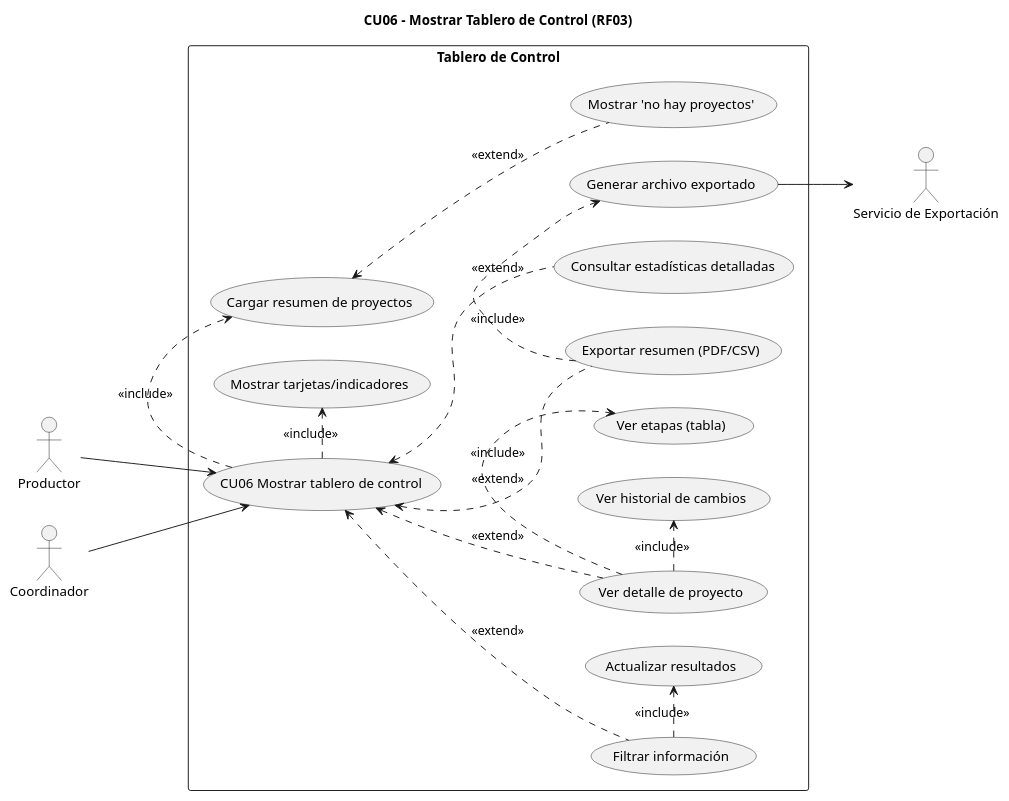
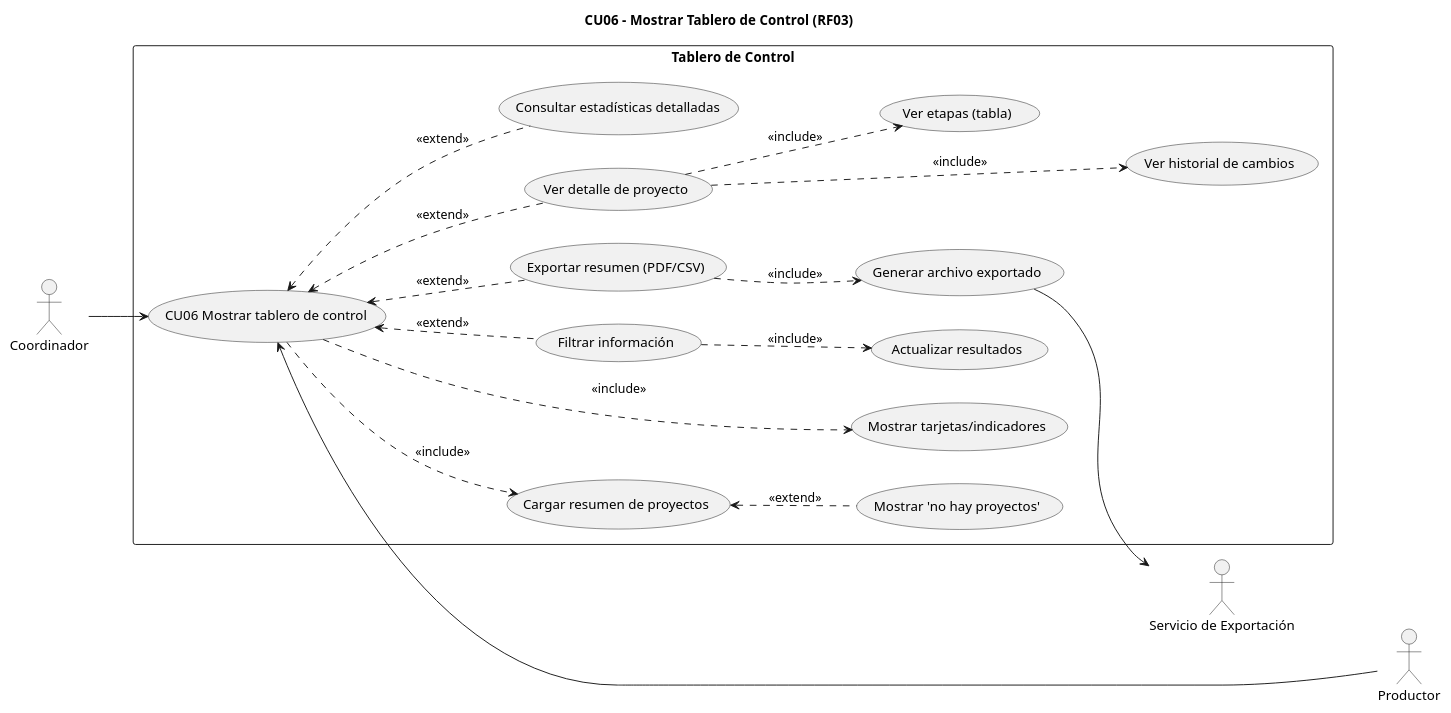
The diagram in diagramas/02-casos-de-uso/02-caso-uso-mostrar-tablero-06.puml (dantebiondi666-prog/SistemaProductoraVideos), drawn with PlantUML before and after one commit. The commit also changed 13 other files, not shown here.

Commit message:
correccion de estructura de flechas de los diagramas de caso de uso

```diff
--- a/diagramas/02-casos-de-uso/02-caso-uso-mostrar-tablero-06.puml
+++ b/diagramas/02-casos-de-uso/02-caso-uso-mostrar-tablero-06.puml
@@ -1,41 +1,68 @@
 @startuml Mostrar_Tablero_de_Control
 title CU06 – Mostrar Tablero de Control (RF03)
 left to right direction
 
 actor Productor
 actor Coordinador
 actor "Servicio de Exportación" as Export
 
 rectangle "Tablero de Control" {
-  
   usecase "CU06 Mostrar tablero de control" as CU06
   usecase "Cargar resumen de proyectos" as UC_Cargar
   usecase "Mostrar tarjetas/indicadores" as UC_Mostrar
+
   usecase "Filtrar información" as UC_Filtrar
   usecase "Actualizar resultados" as UC_Actualizar
+
   usecase "Ver detalle de proyecto" as UC_Detalle
   usecase "Ver etapas (tabla)" as UC_Etapas
   usecase "Ver historial de cambios" as UC_Historial
+
   usecase "Consultar estadísticas detalladas" as UC_Estad
   usecase "Exportar resumen (PDF/CSV)" as UC_Exportar
   usecase "Generar archivo exportado" as UC_Generar
+
   usecase "Mostrar 'no hay proyectos'" as UC_SinProy
+
+  ' --- Flechas ocultas para ordenar y evitar cruces ---
+  CU06       -[hidden]-> UC_Cargar
+  UC_Cargar  -[hidden]-> UC_Mostrar
+
+  UC_Filtrar -[hidden]-> UC_Actualizar
+  CU06       -[hidden]-> UC_Filtrar
+
+  CU06       -[hidden]-> UC_Detalle
+  UC_Detalle -[hidden]-> UC_Etapas
+  UC_Etapas  -[hidden]-> UC_Historial
+
+  CU06       -[hidden]-> UC_Estad
+  CU06       -[hidden]-> UC_Exportar
+  UC_Exportar-[hidden]-> UC_Generar
+
+  UC_SinProy -[hidden]-> UC_Cargar
 }
 
+Productor  --> CU06
+Coordinador --> CU06
 
-Productor --> CU06
-Coordinador --> CU06
 CU06 .> UC_Cargar  : <<include>>
 CU06 .> UC_Mostrar : <<include>>
-CU06 <.. UC_Filtrar     : <<extend>> 
+
+CU06 <.. UC_Filtrar : <<extend>>
 UC_Filtrar .> UC_Actualizar : <<include>>
-CU06 <.. UC_Detalle     : <<extend>> 
+
+CU06 <.. UC_Detalle : <<extend>>
 UC_Detalle .> UC_Etapas    : <<include>>
 UC_Detalle .> UC_Historial : <<include>>
-CU06 <.. UC_Estad      : <<extend>> 
-CU06 <.. UC_Exportar   : <<extend>> 
+
+CU06 <.. UC_Estad    : <<extend>>
+CU06 <.. UC_Exportar : <<extend>>
 UC_Exportar .> UC_Generar : <<include>>
 UC_Generar --> Export
-UC_Cargar <.. UC_SinProy : <<extend>> 
+
+UC_Cargar <.. UC_SinProy : <<extend>>
+
+' --- Flecha oculta extra para espaciar actor externo ---
+Export -[hidden]-> Productor
 
 @enduml
```
